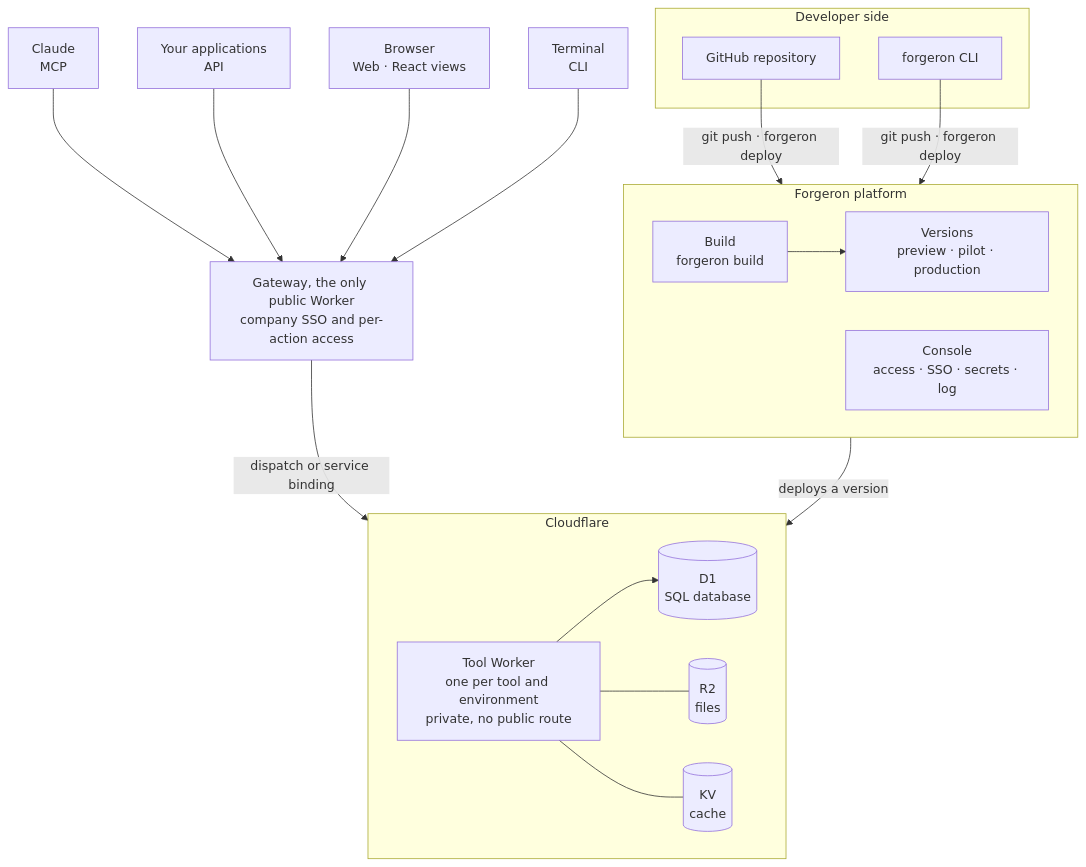
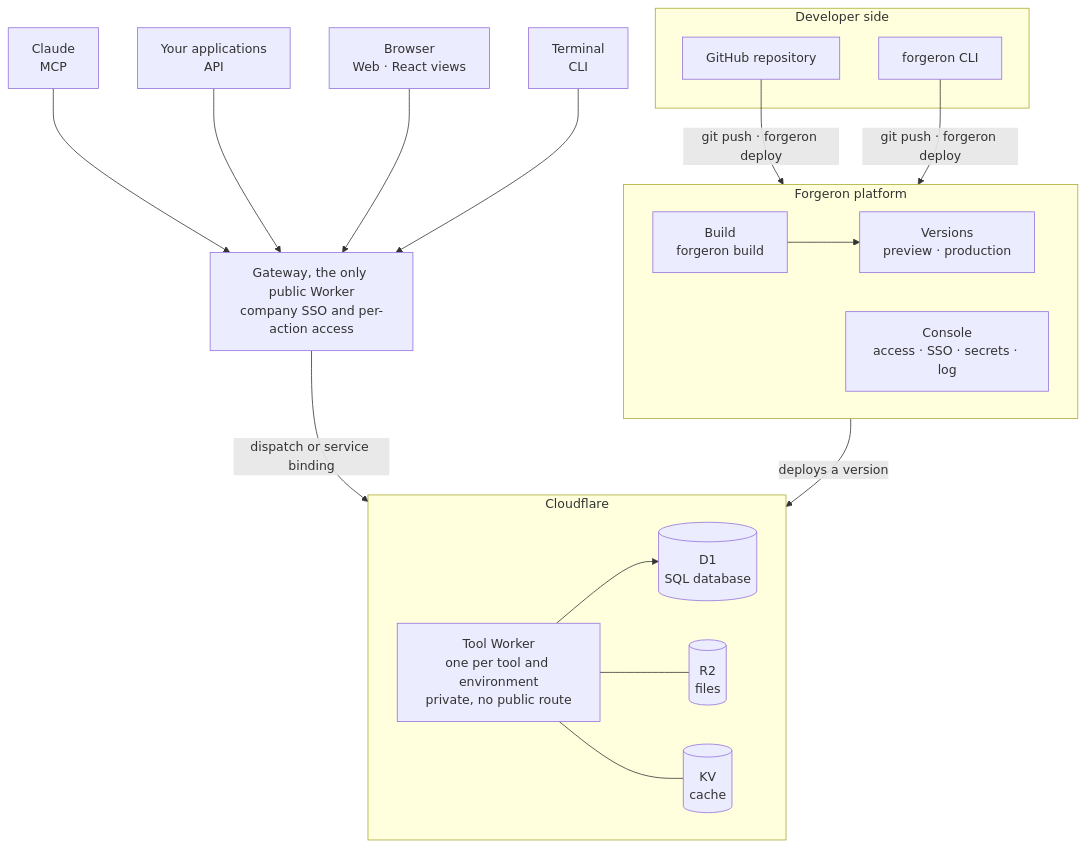
Before and after one commit to forgeron-sh/monorepo: the first of 2 diagrams in docs/white-paper.md, drawn with Mermaid. The commit also changed other lines of this file and 77 other files, not shown here.

````diff
--- a/docs/white-paper.md
+++ b/docs/white-paper.md
@@ -122,35 +122,35 @@
 ```mermaid
 flowchart TB
   subgraph Dev["Developer side"]
     GH["GitHub repository"]
     CLI["forgeron CLI"]
   end
 
   subgraph Platform["Forgeron platform"]
     direction LR
-    Build["Build<br/>forgeron build"] --> Ver["Versions<br/>preview · pilot · production"]
+    Build["Build<br/>forgeron build"] --> Ver["Versions<br/>preview · production"]
     Con["Console<br/>access · SSO · secrets · log"]
   end
 
   subgraph CF["Cloudflare"]
     direction LR
     W["Tool Worker<br/>one per tool and environment<br/>private, no public route"]
     D1[("D1<br/>SQL database")]
     R2[("R2<br/>files")]
     KV[("KV<br/>cache")]
     W --> D1
     W --- R2
     W --- KV
   end
 
   GW["Gateway, the only public Worker<br/>company SSO and per-action access"]
 
   GH & CLI -- "git push · forgeron deploy" --> Platform
   Platform -- "deploys a version" --> CF
   GW -- "dispatch or service binding" --> W
 
   Claude["Claude<br/>MCP"] --> GW
   Apps["Your applications<br/>API"] --> GW
   Browser["Browser<br/>Web · React views"] --> GW
   Term["Terminal<br/>CLI"] --> GW
 ```
````
